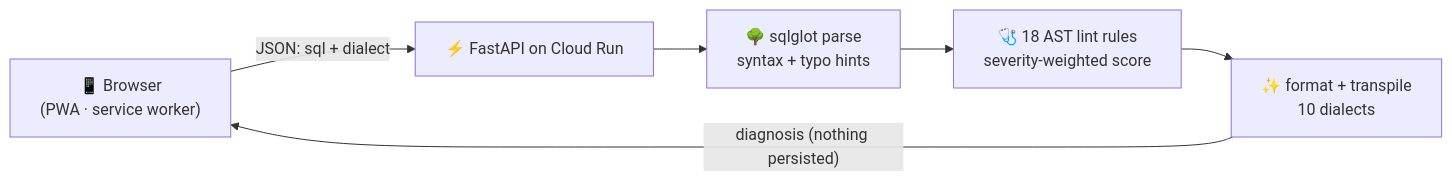
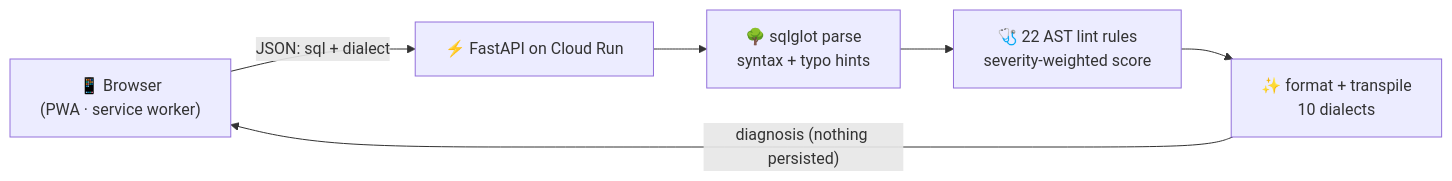
The diagram in README.md (ARAVINDHRAJA123/querydoctor), drawn with Mermaid before and after one commit. The commit also changed other lines of this file and 2 other files, not shown here.

First line of the commit message:
Add 4 more lint rules (22 total): BETWEEN dates, ORDER BY ordinal, scalar subquery, UPDATE...FROM cross-join

````diff
--- a/README.md
+++ b/README.md
@@ -107,8 +110,8 @@
 ```mermaid
 flowchart LR
     A["📱 Browser<br/>(PWA · service worker)"] -- "JSON: sql + dialect" --> B["⚡ FastAPI on Cloud Run"]
     B --> C["🌳 sqlglot parse<br/>syntax + typo hints"]
-    C --> D["🩺 18 AST lint rules<br/>severity-weighted score"]
+    C --> D["🩺 22 AST lint rules<br/>severity-weighted score"]
     D --> E["✨ format + transpile<br/>10 dialects"]
     E -- "diagnosis (nothing persisted)" --> A
 ```
````
